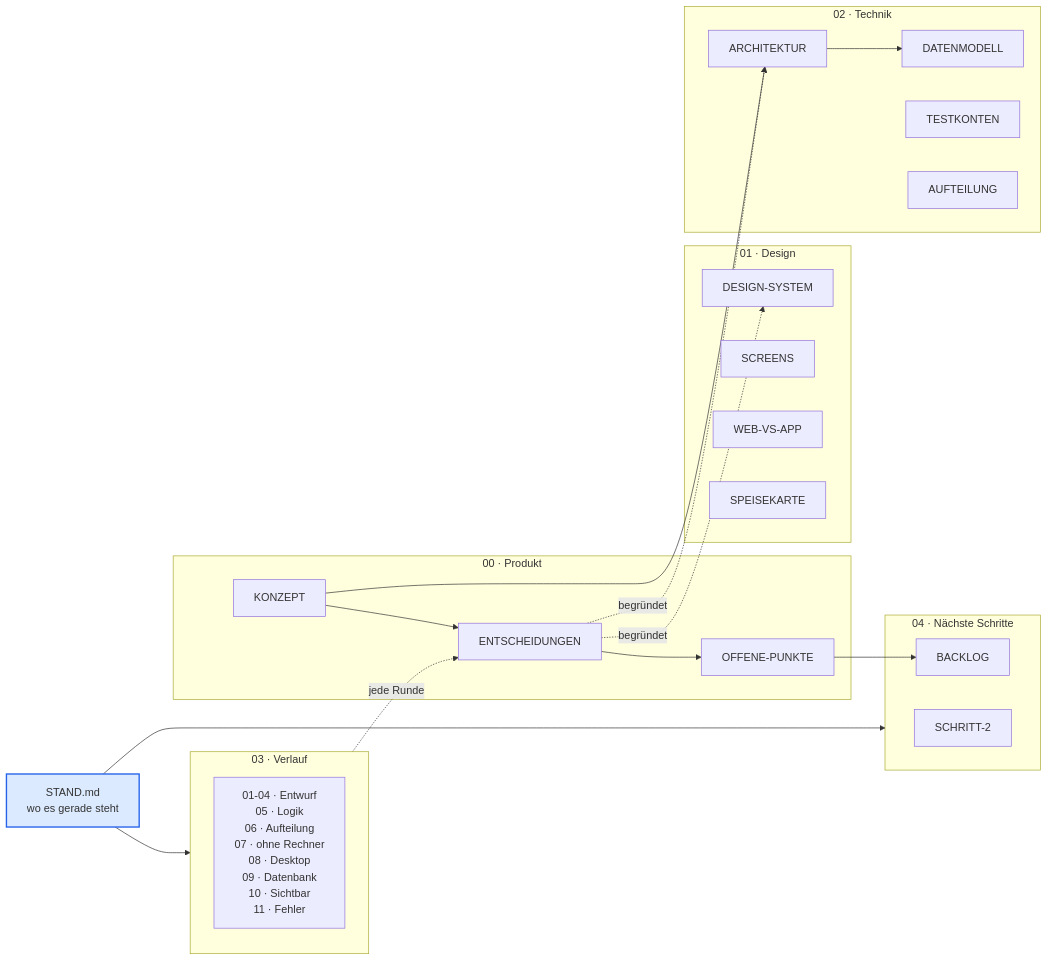
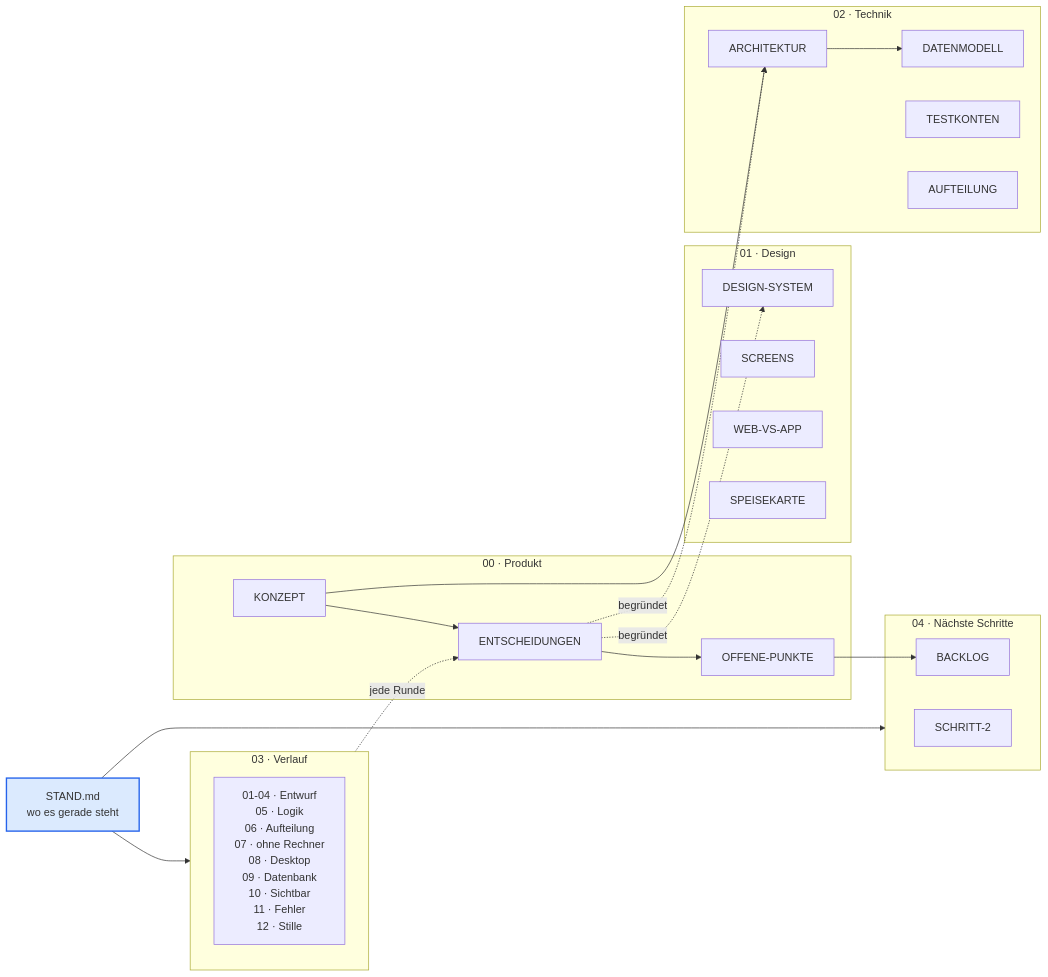
Before and after one commit to todidervogel/Brain: the diagram in README.md, drawn with Mermaid. The commit also changed 3 other files, not shown here.

````diff
--- a/README.md
+++ b/README.md
@@ -28,41 +28,41 @@
 ```mermaid
 flowchart LR
     STAND["STAND.md<br/>wo es gerade steht"]
 
     subgraph P ["00 · Produkt"]
         K[KONZEPT]
         E[ENTSCHEIDUNGEN]
         O[OFFENE-PUNKTE]
     end
     subgraph D ["01 · Design"]
         DS[DESIGN-SYSTEM]
         SC[SCREENS]
         WA[WEB-VS-APP]
         SP[SPEISEKARTE]
     end
     subgraph T ["02 · Technik"]
         AR[ARCHITEKTUR]
         DM[DATENMODELL]
         TK[TESTKONTEN]
         AU[AUFTEILUNG]
     end
     subgraph V ["03 · Verlauf"]
-        VR["01-04 · Entwurf<br/>05 · Logik<br/>06 · Aufteilung<br/>07 · ohne Rechner<br/>08 · Desktop<br/>09 · Datenbank<br/>10 · Sichtbar<br/>11 · Fehler"]
+        VR["01-04 · Entwurf<br/>05 · Logik<br/>06 · Aufteilung<br/>07 · ohne Rechner<br/>08 · Desktop<br/>09 · Datenbank<br/>10 · Sichtbar<br/>11 · Fehler<br/>12 · Stille"]
     end
     subgraph N ["04 · Nächste Schritte"]
         S2[SCHRITT-2]
         BL[BACKLOG]
     end
 
     STAND --> V
     STAND --> N
     K --> E --> O
     K --> AR
     E -.begründet.-> DS
     E -.begründet.-> AR
     AR --> DM
     V -.jede Runde.-> E
     O --> BL
 
     style STAND fill:#dbeafe,stroke:#2563eb,stroke-width:2px
 ```
````
